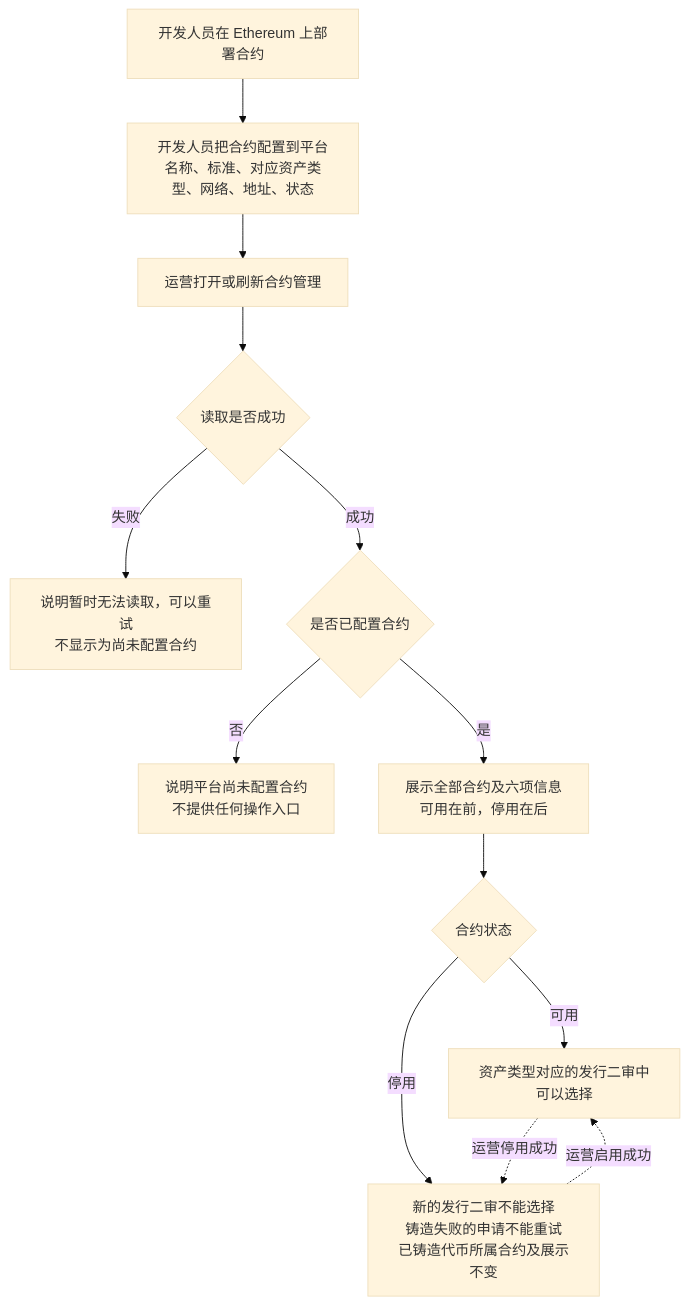
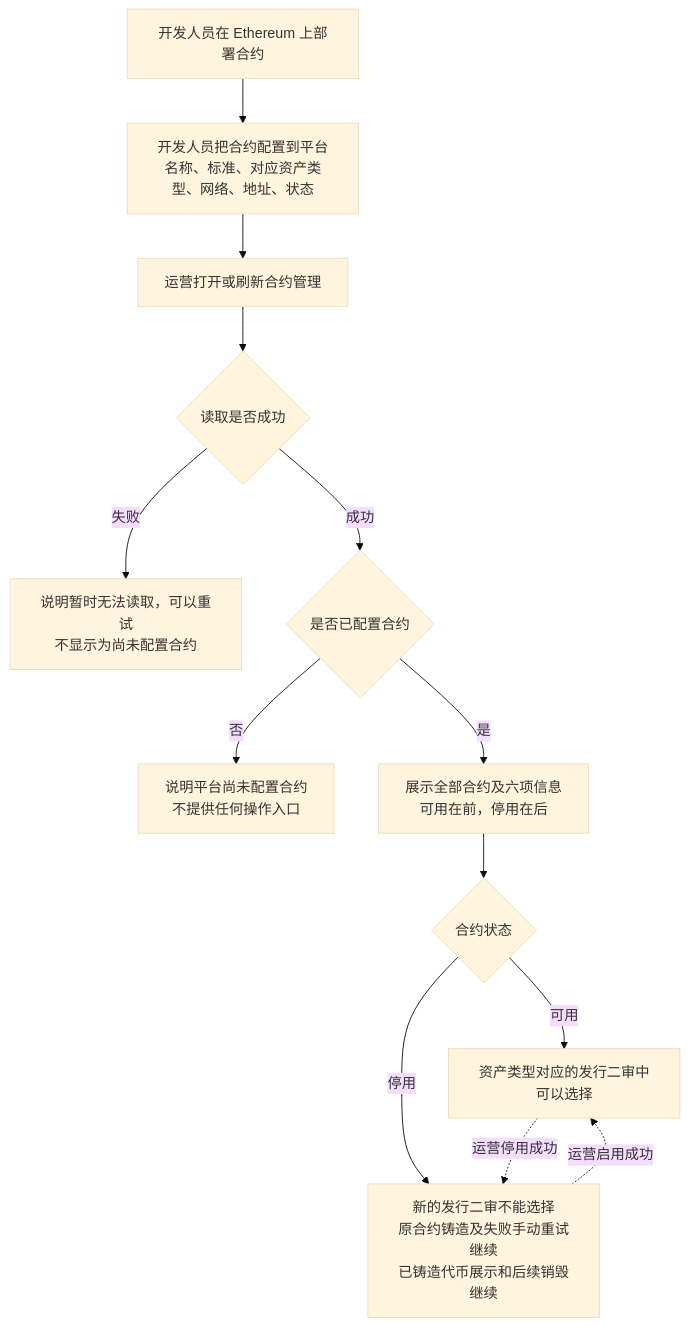
The first of 4 diagrams in token-issuance-platform/PRD/v1.0-合约管理-流程图与状态机.md (wxblockchain/Chain-Financing), drawn with Mermaid (base theme) before and after one commit. The commit also changed other lines of this file and 13 other files, not shown here.

````diff
--- a/token-issuance-platform/PRD/v1.0-合约管理-流程图与状态机.md
+++ b/token-issuance-platform/PRD/v1.0-合约管理-流程图与状态机.md
@@ -19,15 +19,15 @@
 ```mermaid
 flowchart TD
     A[开发人员在 Ethereum 上部署合约] --> B[开发人员把合约配置到平台<br/>名称、标准、对应资产类型、网络、地址、状态]
     B --> C[运营打开或刷新合约管理]
     C --> D{读取是否成功}
     D -->|失败| D1[说明暂时无法读取，可以重试<br/>不显示为尚未配置合约]
     D -->|成功| E{是否已配置合约}
     E -->|否| E1[说明平台尚未配置合约<br/>不提供任何操作入口]
     E -->|是| F[展示全部合约及六项信息<br/>可用在前，停用在后]
     F --> G{合约状态}
     G -->|可用| H[资产类型对应的发行二审中可以选择]
-    G -->|停用| I[新的发行二审不能选择<br/>铸造失败的申请不能重试<br/>已铸造代币所属合约及展示不变]
+    G -->|停用| I[新的发行二审不能选择<br/>原合约铸造及失败手动重试继续<br/>已铸造代币展示和后续销毁继续]
     H -.运营停用成功.-> I
     I -.运营启用成功.-> H
 ```
````
